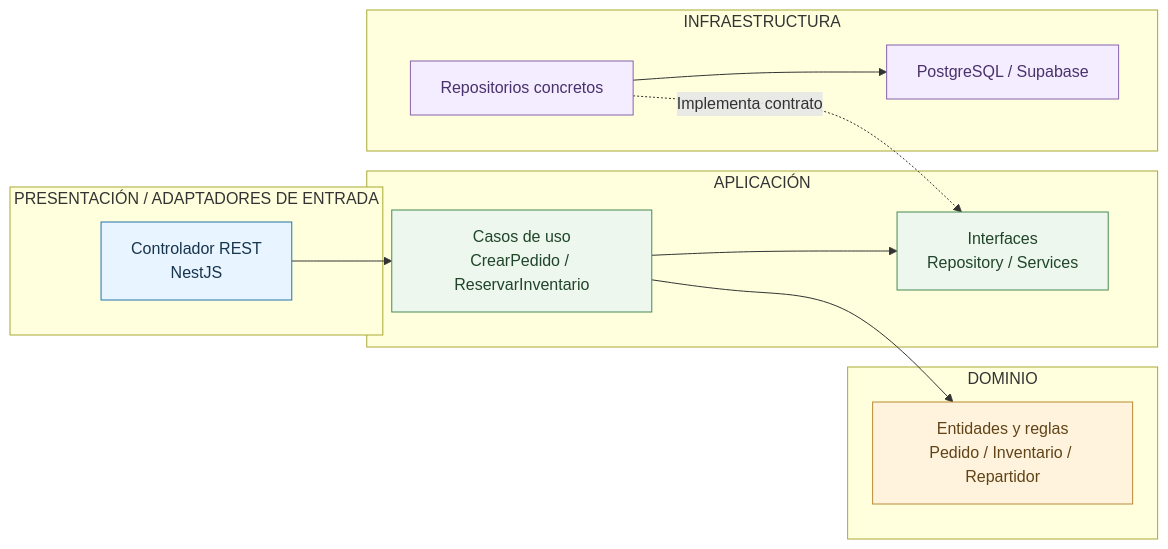
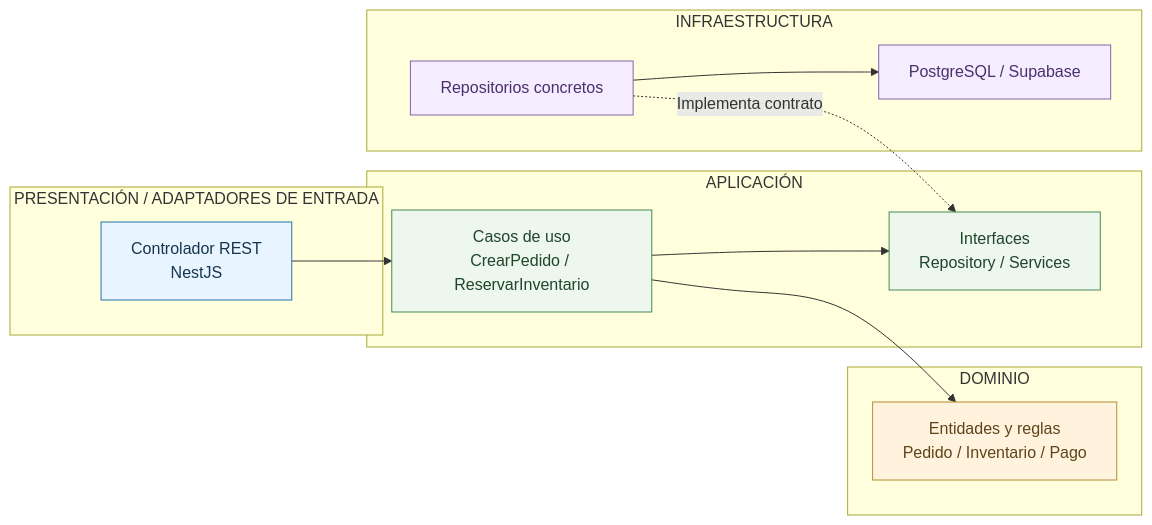
One commit to DheanFernandez/mercado-multivendedor changed the diagram in arquitectura/enfoque/enfoque-arquitectonico.md. Above: the diagram before and after it, drawn with Mermaid. The commit also changed other lines of this file and 13 other files, not shown here.

````diff
--- a/arquitectura/enfoque/enfoque-arquitectonico.md
+++ b/arquitectura/enfoque/enfoque-arquitectonico.md
@@ -139,37 +136,37 @@
 ```mermaid
 flowchart LR
 
     subgraph PRESENTACION["PRESENTACIÓN / ADAPTADORES DE ENTRADA"]
         CTRL["Controlador REST<br/>NestJS"]
     end
 
     subgraph APLICACION["APLICACIÓN"]
         UC["Casos de uso<br/>CrearPedido / ReservarInventario"]
         PORT["Interfaces<br/>Repository / Services"]
     end
 
     subgraph DOMINIO["DOMINIO"]
-        ENT["Entidades y reglas<br/>Pedido / Inventario / Repartidor"]
+        ENT["Entidades y reglas<br/>Pedido / Inventario / Pago"]
     end
 
     subgraph INFRA["INFRAESTRUCTURA"]
         REPO["Repositorios concretos"]
         DB["PostgreSQL / Supabase"]
     end
 
     CTRL --> UC
     UC --> ENT
     UC --> PORT
     REPO -.->|"Implementa contrato"| PORT
     REPO --> DB
 
     classDef presentation fill:#e8f4ff,stroke:#2374ab,color:#17354d
     classDef application fill:#edf7ed,stroke:#458a55,color:#20452a
     classDef domain fill:#fff3dd,stroke:#b88a34,color:#604418
     classDef infrastructure fill:#f4ecff,stroke:#8662ae,color:#49316c
 
     class CTRL presentation
     class UC,PORT application
     class ENT domain
     class REPO,DB infrastructure
 ```
````
